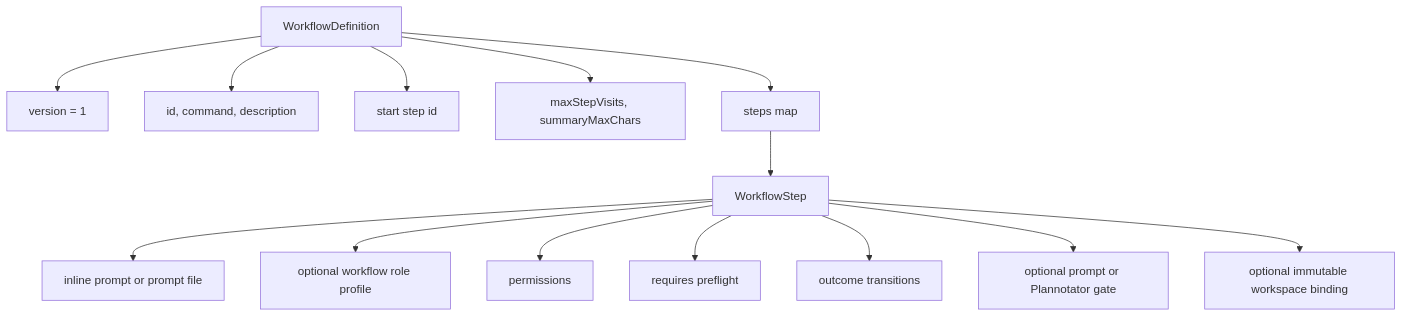
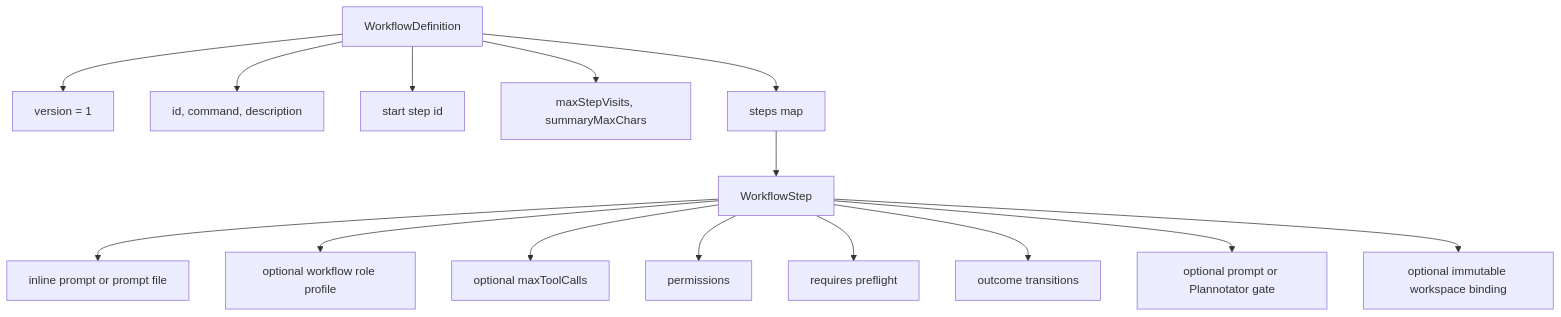
The first of 7 diagrams in openwiki/authoring/workflow-files.md (wichayutdew/pi-workflows), drawn with Mermaid before and after one commit. The commit also changed other lines of this file and 11 other files, not shown here.

````diff
--- a/openwiki/authoring/workflow-files.md
+++ b/openwiki/authoring/workflow-files.md
@@ -5,17 +5,18 @@
 ```mermaid
 flowchart TD
   Workflow[WorkflowDefinition] --> Version[version = 1]
   Workflow --> Identity[id, command, description]
   Workflow --> Start[start step id]
   Workflow --> Limits[maxStepVisits, summaryMaxChars]
   Workflow --> Steps[steps map]
 
   Steps --> Step[WorkflowStep]
   Step --> Prompt[inline prompt or prompt file]
   Step --> Agent[optional workflow role profile]
+  Step --> Budget[optional maxToolCalls]
   Step --> Permissions[permissions]
   Step --> Requires[requires preflight]
   Step --> Transitions[outcome transitions]
   Step --> Gate[optional prompt or Plannotator gate]
   Step --> Workspace[optional immutable workspace binding]
 ```
````
